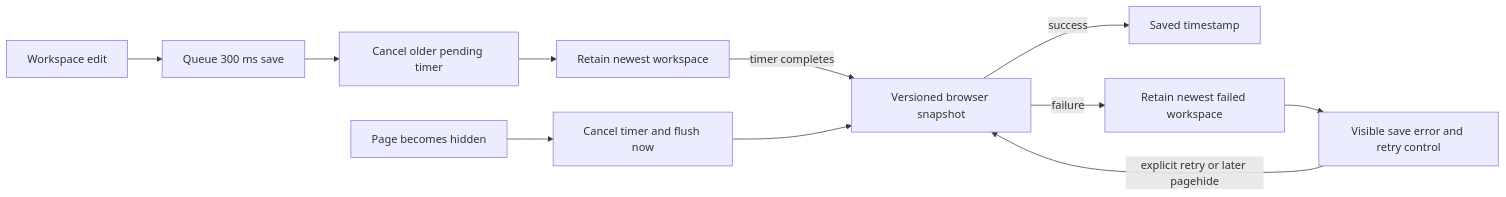
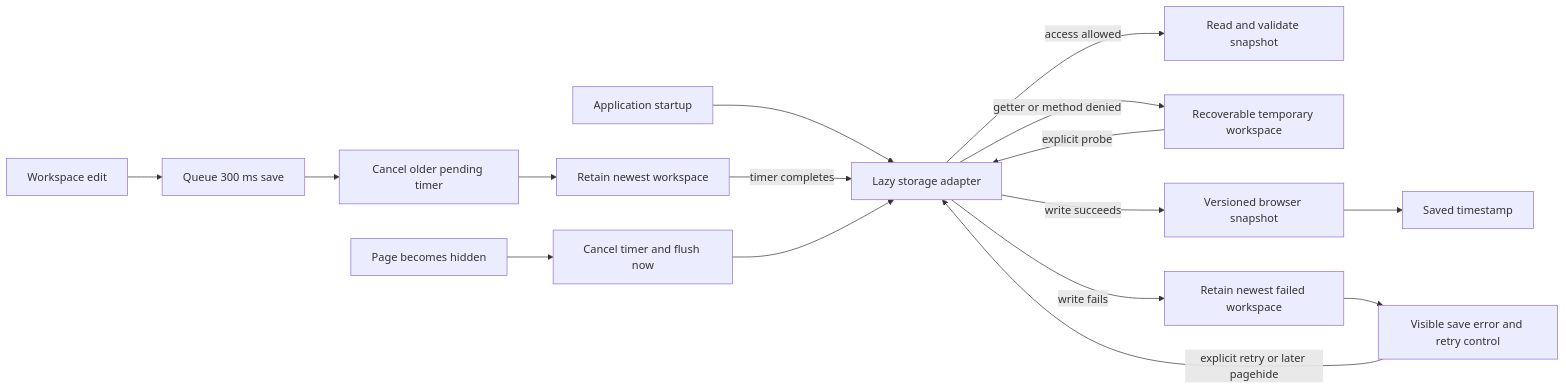
Diagram 13 of 15 in signalforge/docs/architecture.md (ASKR04/JavaScript), drawn with Mermaid before and after one commit. The commit also changed other lines of this file and 5 other files, not shown here.

Commit message:
fix(signalforge): contain browser storage access

````diff
--- a/signalforge/docs/architecture.md
+++ b/signalforge/docs/architecture.md
@@ -245,13 +245,18 @@
 ```mermaid
 flowchart LR
+    Start["Application startup"] --> Adapter["Lazy storage adapter"]
+    Adapter -->|access allowed| Read["Read and validate snapshot"]
+    Adapter -->|getter or method denied| Temporary["Recoverable temporary workspace"]
+    Temporary -->|explicit probe| Adapter
     Edit["Workspace edit"] --> Queue["Queue 300 ms save"]
     Queue --> Replace["Cancel older pending timer"]
     Replace --> Latest["Retain newest workspace"]
-    Latest -->|timer completes| Storage["Versioned browser snapshot"]
+    Latest -->|timer completes| Adapter
     PageHide["Page becomes hidden"] --> Flush["Cancel timer and flush now"]
-    Flush --> Storage
-    Storage -->|success| Saved["Saved timestamp"]
-    Storage -->|failure| Recovery["Retain newest failed workspace"]
+    Flush --> Adapter
+    Adapter -->|write succeeds| Storage["Versioned browser snapshot"]
+    Storage --> Saved["Saved timestamp"]
+    Adapter -->|write fails| Recovery["Retain newest failed workspace"]
     Recovery --> Error["Visible save error and retry control"]
-    Error -->|explicit retry or later pagehide| Storage
+    Error -->|explicit retry or later pagehide| Adapter
 ```
````
